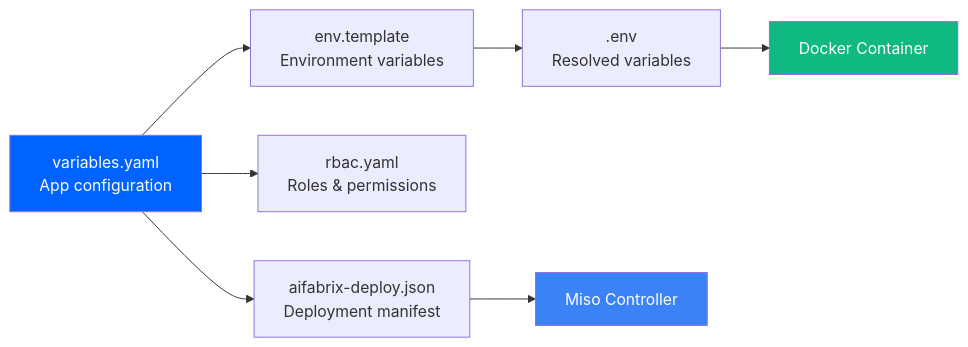
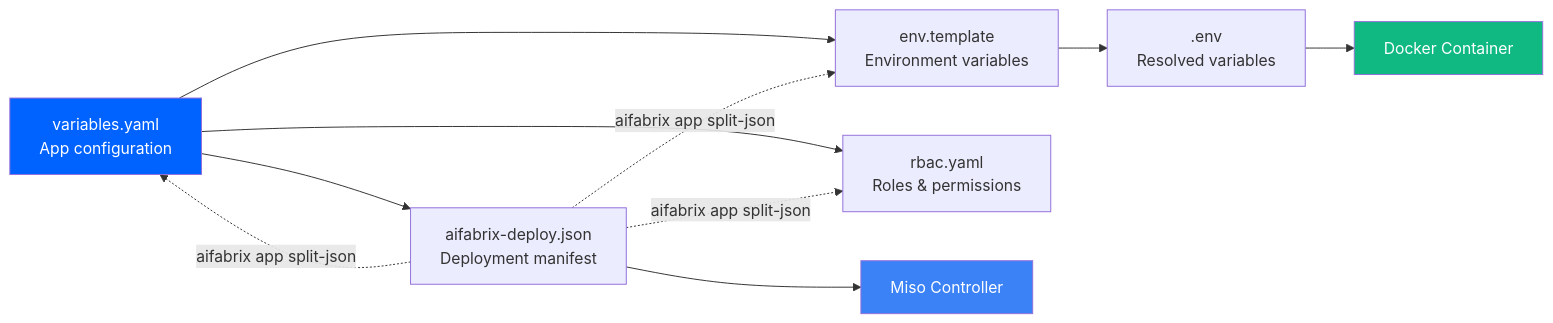
Before and after one commit to esystemsdev/aifabrix-builder: the first of 3 diagrams in docs/CONFIGURATION.md, drawn with Mermaid. The commit also changed other lines of this file and 19 other files, not shown here.

````diff
--- a/docs/CONFIGURATION.md
+++ b/docs/CONFIGURATION.md
@@ -11,13 +11,16 @@
 ```mermaid
 flowchart LR
     Variables[variables.yaml<br/>App configuration] --> EnvTemplate[env.template<br/>Environment variables]
     EnvTemplate --> Env[.env<br/>Resolved variables]
     Variables --> Rbac[rbac.yaml<br/>Roles & permissions]
     Variables --> DeployJson[aifabrix-deploy.json<br/>Deployment manifest]
     Env --> Container[Docker Container]
     DeployJson --> Controller[Miso Controller]
+    DeployJson -.->|aifabrix app split-json| Variables
+    DeployJson -.->|aifabrix app split-json| EnvTemplate
+    DeployJson -.->|aifabrix app split-json| Rbac
     
     style Variables fill:#0062FF,color:#FFFFFF
     style Container fill:#10B981,color:#FFFFFF
     style Controller fill:#3B82F6,color:#FFFFFF
 ```
````
